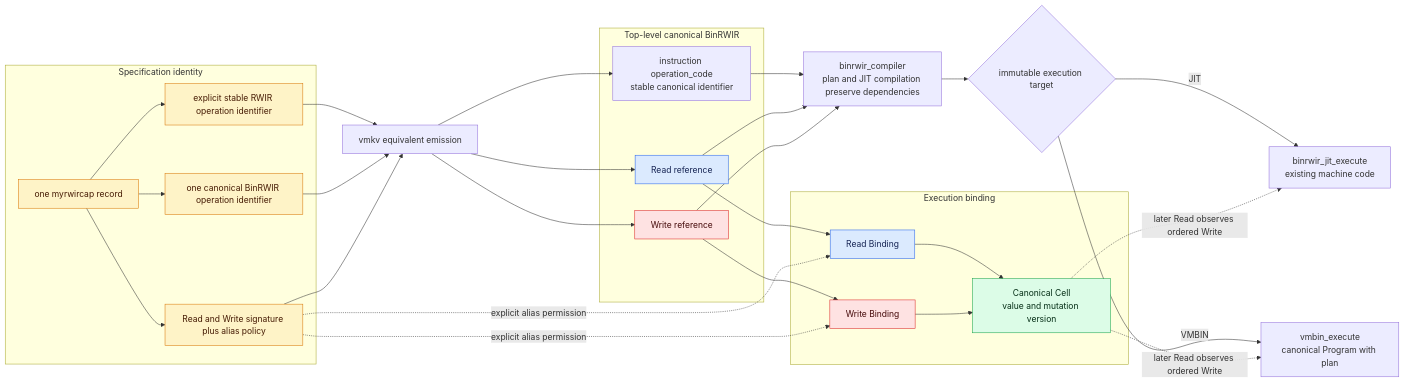
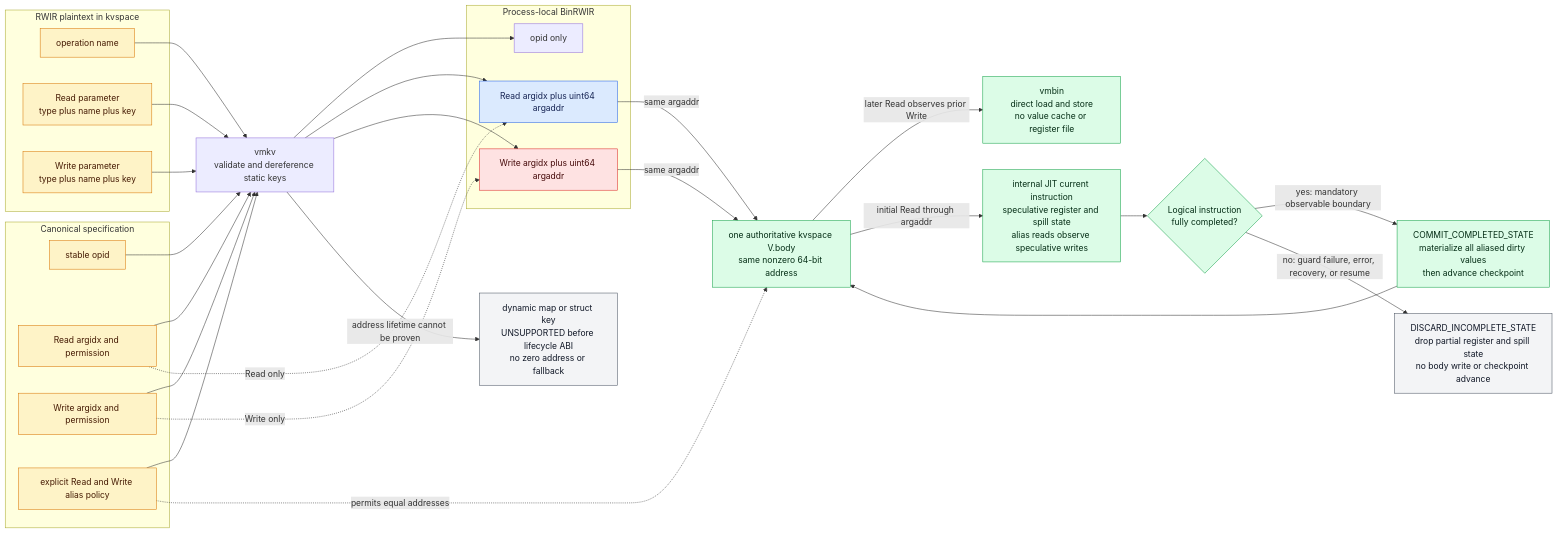
The diagram in runtimec/documentation/architecture/rwir-binrwir-aliasing.mmd (array2d/kvlang), drawn with Mermaid before and after one commit. The commit also changed 77 other files, not shown here.

Commit message:
refactor(runtimec): address BinRWIR directly to KVspace bodies

```diff
--- a/runtimec/documentation/architecture/rwir-binrwir-aliasing.mmd
+++ b/runtimec/documentation/architecture/rwir-binrwir-aliasing.mmd
@@ -1,57 +1,62 @@
 flowchart LR
-  subgraph Specification["Specification identity"]
-    CAPABILITY["one myrwircap record"]
-    RWIR_IDENTIFIER["explicit stable RWIR operation identifier"]
-    CANONICAL_IDENTIFIER["one canonical BinRWIR operation identifier"]
-    SIGNATURE["Read and Write signature plus alias policy"]
-    CAPABILITY --> RWIR_IDENTIFIER
-    CAPABILITY --> CANONICAL_IDENTIFIER
-    CAPABILITY --> SIGNATURE
+  subgraph RWIR["RWIR plaintext in kvspace"]
+    OPERATION_NAME["operation name"]
+    READ_PARAMETER["Read parameter<br/>type plus name plus key"]
+    WRITE_PARAMETER["Write parameter<br/>type plus name plus key"]
   end
 
-  VMKV["vmkv equivalent emission"]
-
-  subgraph Canonical["Top-level canonical BinRWIR"]
-    INSTRUCTION["instruction operation_code<br/>stable canonical identifier"]
-    READ_REFERENCE["Read reference"]
-    WRITE_REFERENCE["Write reference"]
+  subgraph SPECIFICATION["Canonical specification"]
+    OPID["stable opid"]
+    READ_ARGIDX["Read argidx and permission"]
+    WRITE_ARGIDX["Write argidx and permission"]
+    ALIAS_POLICY["explicit Read and Write alias policy"]
   end
 
-  subgraph Binding["Execution binding"]
-    READ_BINDING["Read Binding"]
-    WRITE_BINDING["Write Binding"]
-    CELL["Canonical Cell<br/>value and mutation version"]
+  VMKV["vmkv<br/>validate and dereference static keys"]
+
+  subgraph BINRWIR["Process-local BinRWIR"]
+    BINARY_OPERATION["opid only"]
+    READ_ARGUMENT["Read argidx plus uint64 argaddr"]
+    WRITE_ARGUMENT["Write argidx plus uint64 argaddr"]
   end
 
-  COMPILER["binrwir_compiler<br/>plan and JIT compilation preserve dependencies"]
-  TARGET{"immutable execution target"}
-  JIT_EXECUTION["binrwir_jit_execute<br/>existing machine code"]
-  VMBIN_EXECUTION["vmbin_execute<br/>canonical Program with plan"]
+  BODY["one authoritative kvspace V.body<br/>same nonzero 64-bit address"]
+  VMBIN["vmbin<br/>direct load and store<br/>no value cache or register file"]
+  JIT["internal JIT current instruction<br/>speculative register and spill state<br/>alias reads observe speculative writes"]
+  COMPLETION{"Logical instruction<br/>fully completed?"}
+  COMMIT["COMMIT_COMPLETED_STATE<br/>materialize all aliased dirty values<br/>then advance checkpoint"]
+  DISCARD["DISCARD_INCOMPLETE_STATE<br/>drop partial register and spill state<br/>no body write or checkpoint advance"]
+  DYNAMIC["dynamic map or struct key<br/>UNSUPPORTED before lifecycle ABI<br/>no zero address or fallback"]
 
-  RWIR_IDENTIFIER --> VMKV
-  CANONICAL_IDENTIFIER --> VMKV
-  SIGNATURE --> VMKV
-  VMKV --> INSTRUCTION
-  VMKV --> READ_REFERENCE
-  VMKV --> WRITE_REFERENCE
-  READ_REFERENCE --> READ_BINDING --> CELL
-  WRITE_REFERENCE --> WRITE_BINDING --> CELL
-  SIGNATURE -. "explicit alias permission" .-> READ_BINDING
-  SIGNATURE -. "explicit alias permission" .-> WRITE_BINDING
-  INSTRUCTION --> COMPILER
-  READ_REFERENCE --> COMPILER
-  WRITE_REFERENCE --> COMPILER
-  COMPILER --> TARGET
-  TARGET -->|"JIT"| JIT_EXECUTION
-  TARGET -->|"VMBIN"| VMBIN_EXECUTION
-  CELL -. "later Read observes ordered Write" .-> JIT_EXECUTION
-  CELL -. "later Read observes ordered Write" .-> VMBIN_EXECUTION
+  OPERATION_NAME --> VMKV
+  READ_PARAMETER --> VMKV
+  WRITE_PARAMETER --> VMKV
+  OPID --> VMKV
+  READ_ARGIDX --> VMKV
+  WRITE_ARGIDX --> VMKV
+  ALIAS_POLICY --> VMKV
+  VMKV --> BINARY_OPERATION
+  VMKV --> READ_ARGUMENT
+  VMKV --> WRITE_ARGUMENT
+  READ_ARGUMENT -->|"same argaddr"| BODY
+  WRITE_ARGUMENT -->|"same argaddr"| BODY
+  READ_ARGIDX -. "Read only" .-> READ_ARGUMENT
+  WRITE_ARGIDX -. "Write only" .-> WRITE_ARGUMENT
+  ALIAS_POLICY -. "permits equal addresses" .-> BODY
+  BODY -->|"later Read observes prior Write"| VMBIN
+  BODY -->|"initial Read through argaddr"| JIT
+  JIT --> COMPLETION
+  COMPLETION -->|"yes: mandatory observable boundary"| COMMIT --> BODY
+  COMPLETION -->|"no: guard failure, error, recovery, or resume"| DISCARD
+  VMKV -->|"address lifetime cannot be proven"| DYNAMIC
 
-  classDef specification fill:#fef3c7,stroke:#d97706,color:#451a03
+  classDef plaintext fill:#fef3c7,stroke:#d97706,color:#451a03
   classDef read fill:#dbeafe,stroke:#2563eb,color:#172554
   classDef write fill:#fee2e2,stroke:#dc2626,color:#450a0a
   classDef shared fill:#dcfce7,stroke:#16a34a,color:#052e16
-  class CAPABILITY,RWIR_IDENTIFIER,CANONICAL_IDENTIFIER,SIGNATURE specification
-  class READ_REFERENCE,READ_BINDING read
-  class WRITE_REFERENCE,WRITE_BINDING write
-  class CELL shared
+  classDef unsupported fill:#f3f4f6,stroke:#4b5563,color:#111827
+  class OPERATION_NAME,READ_PARAMETER,WRITE_PARAMETER,OPID,READ_ARGIDX,WRITE_ARGIDX,ALIAS_POLICY plaintext
+  class READ_ARGUMENT read
+  class WRITE_ARGUMENT write
+  class BODY,VMBIN,JIT,COMPLETION,COMMIT shared
+  class DYNAMIC,DISCARD unsupported
```
